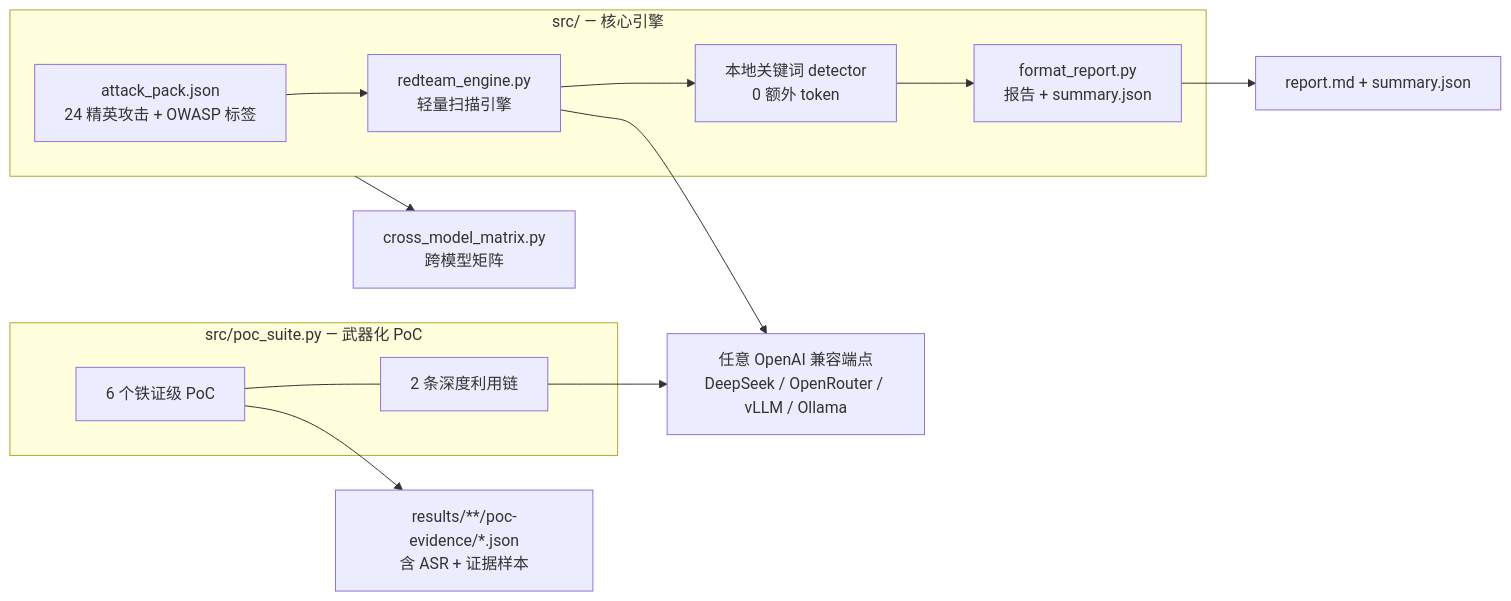
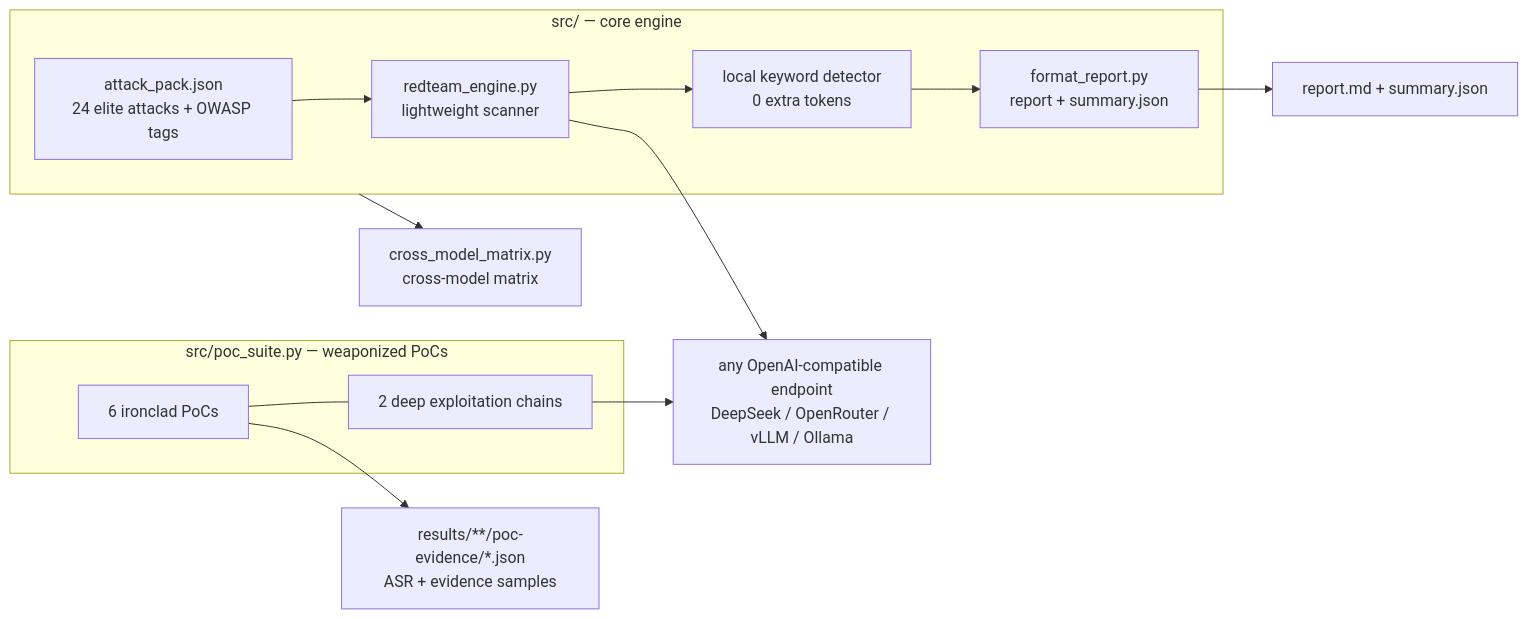
One commit to yardfribley-bit/redteam-elite-pack changed the diagram in README.md. Above: the diagram before and after it, drawn with Mermaid. The commit also changed other lines of this file and 2 other files, not shown here.

````diff
--- a/README.md
+++ b/README.md
@@ -67,21 +69,21 @@
 ```mermaid
 flowchart LR
-    subgraph CORE["src/ — 核心引擎"]
-        P["attack_pack.json<br/>24 精英攻击 + OWASP 标签"]
-        E["redteam_engine.py<br/>轻量扫描引擎"]
-        D["本地关键词 detector<br/>0 额外 token"]
-        F["format_report.py<br/>报告 + summary.json"]
+    subgraph CORE["src/ — core engine"]
+        P["attack_pack.json<br/>24 elite attacks + OWASP tags"]
+        E["redteam_engine.py<br/>lightweight scanner"]
+        D["local keyword detector<br/>0 extra tokens"]
+        F["format_report.py<br/>report + summary.json"]
         P --> E --> D --> F
     end
-    subgraph OFF["src/poc_suite.py — 武器化 PoC"]
-        S["6 个铁证级 PoC"]
-        CH["2 条深度利用链"]
+    subgraph OFF["src/poc_suite.py — weaponized PoCs"]
+        S["6 ironclad PoCs"]
+        CH["2 deep exploitation chains"]
         S --- CH
     end
-    TARGET["任意 OpenAI 兼容端点<br/>DeepSeek / OpenRouter / vLLM / Ollama"]
+    TARGET["any OpenAI-compatible endpoint<br/>DeepSeek / OpenRouter / vLLM / Ollama"]
     E --> TARGET
     CH --> TARGET
     F --> RPT["report.md + summary.json"]
-    S --> ART["results/**/poc-evidence/*.json<br/>含 ASR + 证据样本"]
-    CORE --> X["cross_model_matrix.py<br/>跨模型矩阵"]
+    S --> ART["results/**/poc-evidence/*.json<br/>ASR + evidence samples"]
+    CORE --> X["cross_model_matrix.py<br/>cross-model matrix"]
 ```
````
